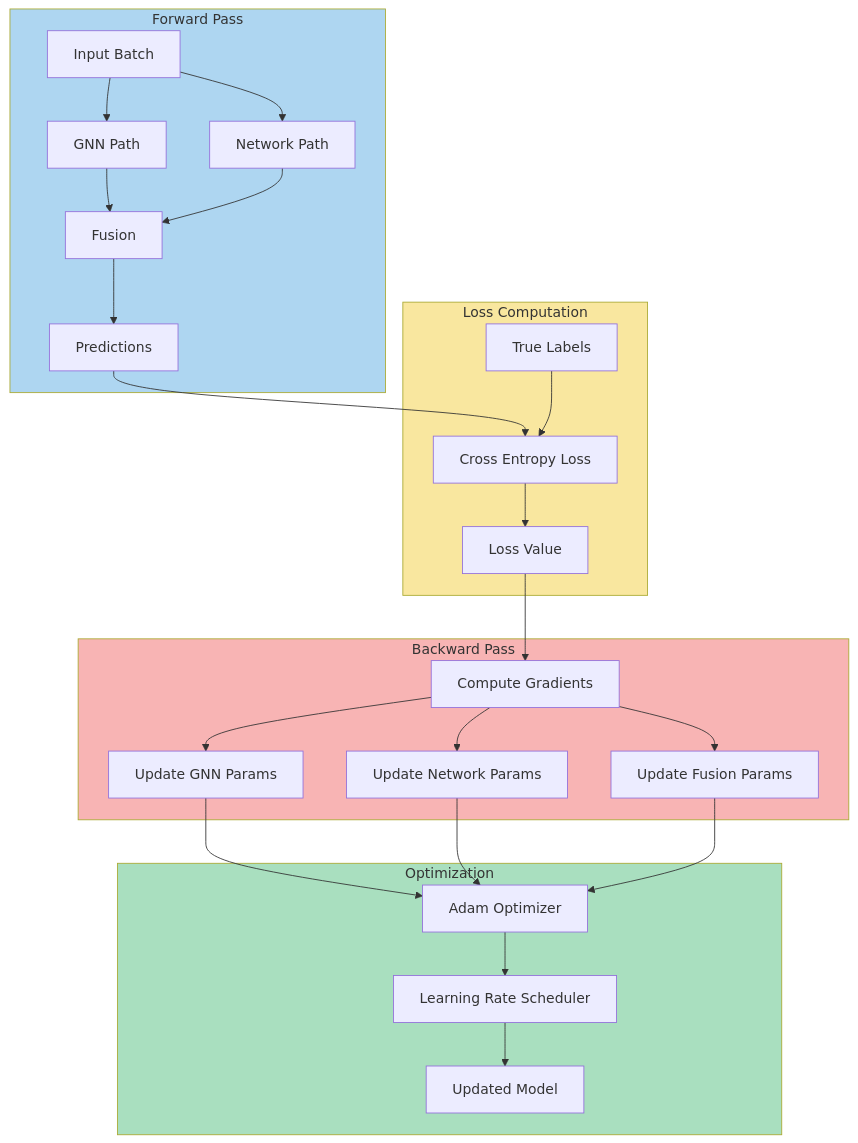
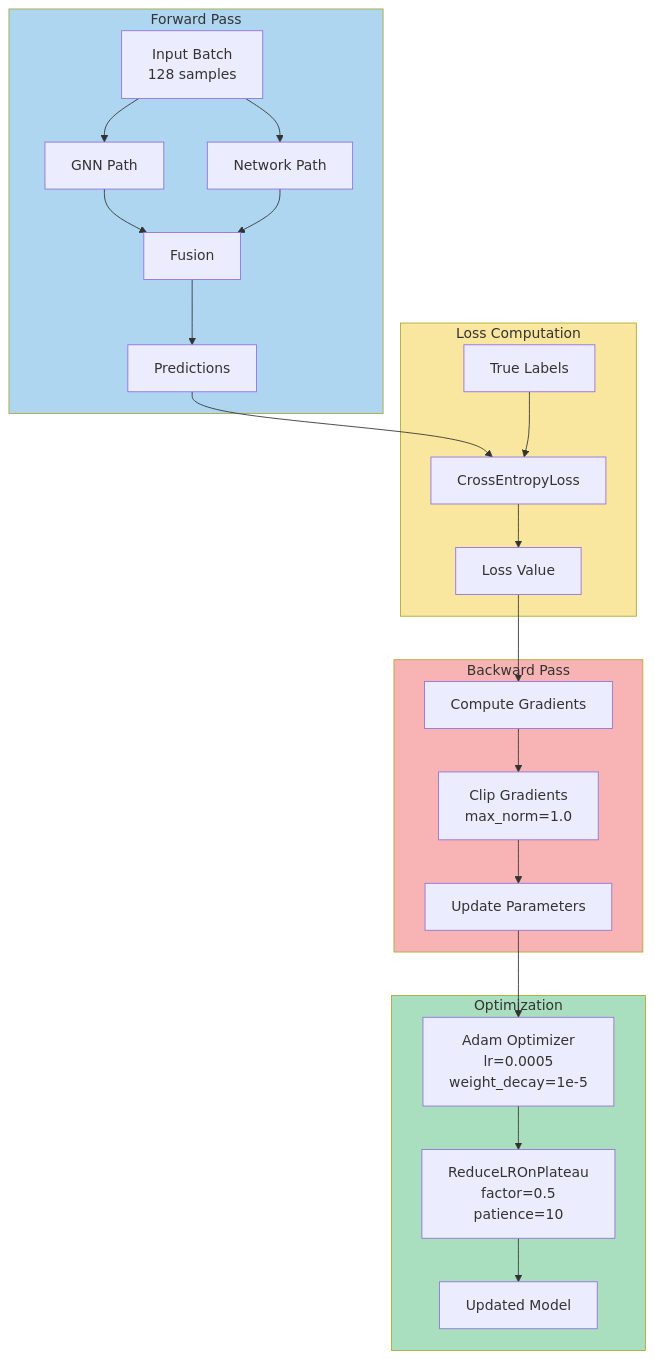
One commit to Federated-ICS/Predection changed diagram 12 of 13 in docs/GNN_MODEL_ARCHITECTURE.md. Above: the diagram before and after it, drawn with Mermaid. The commit also changed other lines of this file and 4 other files, not shown here.

````diff
--- a/docs/GNN_MODEL_ARCHITECTURE.md
+++ b/docs/GNN_MODEL_ARCHITECTURE.md
@@ -529,36 +612,33 @@
 ```mermaid
 graph TB
     subgraph Forward["Forward Pass"]
-        A[Input Batch] --> B[GNN Path]
+        A[Input Batch<br/>128 samples] --> B[GNN Path]
         A --> C[Network Path]
         B --> D[Fusion]
         C --> D
         D --> E[Predictions]
     end
     
     subgraph Loss["Loss Computation"]
-        E --> F[Cross Entropy Loss]
+        E --> F[CrossEntropyLoss]
         G[True Labels] --> F
         F --> H[Loss Value]
     end
     
     subgraph Backward["Backward Pass"]
         H --> I[Compute Gradients]
-        I --> J[Update GNN Params]
-        I --> K[Update Network Params]
-        I --> L[Update Fusion Params]
+        I --> J[Clip Gradients<br/>max_norm=1.0]
+        J --> K[Update Parameters]
     end
     
     subgraph Optimization["Optimization"]
-        J --> M[Adam Optimizer]
-        K --> M
-        L --> M
-        M --> N[Learning Rate Scheduler]
-        N --> O[Updated Model]
+        K --> L[Adam Optimizer<br/>lr=0.0005<br/>weight_decay=1e-5]
+        L --> M[ReduceLROnPlateau<br/>factor=0.5<br/>patience=10]
+        M --> N[Updated Model]
     end
     
     style Forward fill:#AED6F1
     style Loss fill:#F9E79F
     style Backward fill:#F8B4B4
     style Optimization fill:#A9DFBF
 ```
````
